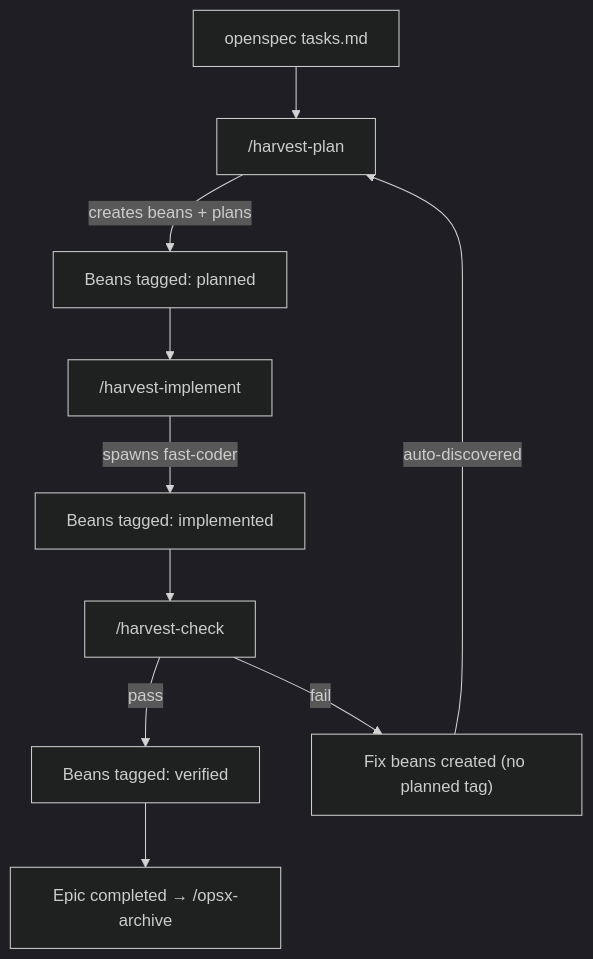
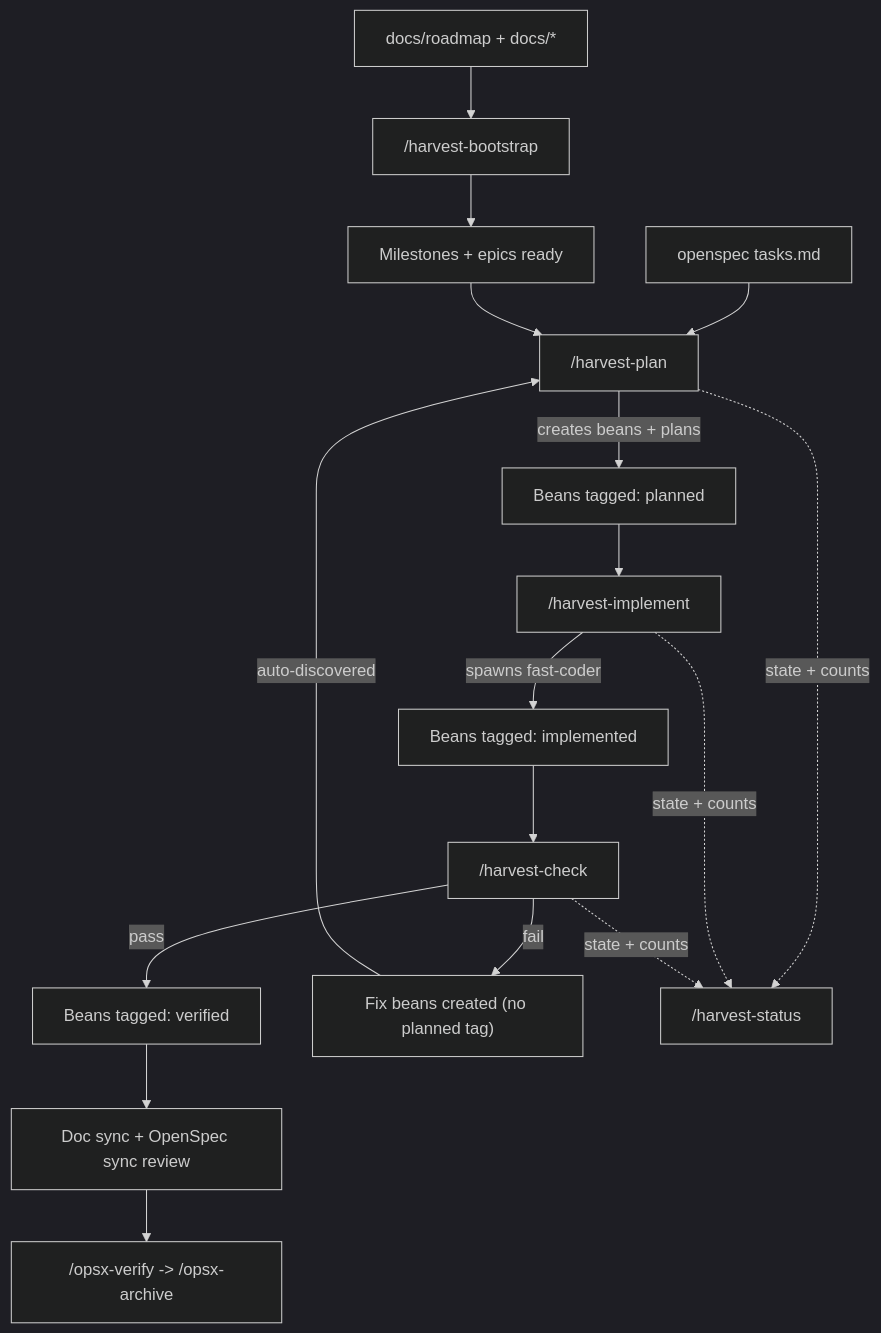
The diagram in docs/workflows/harvest-system.md (hungphongtrn/minerva), drawn with Mermaid (dark theme) before and after one commit. The commit also changed other lines of this file and 51 other files, not shown here.

First line of the commit message:
feat(harvest): implement bootstrap, status, commit workflow and archive orchestrator-v0

````diff
--- a/docs/workflows/harvest-system.md
+++ b/docs/workflows/harvest-system.md
@@ -7,12 +7,19 @@
 ```mermaid
 flowchart TD
-    A["openspec tasks.md"] --> B["/harvest-plan"]
-    B -->|"creates beans + plans"| C["Beans tagged: planned"]
-    C --> D["/harvest-implement"]
-    D -->|"spawns fast-coder"| E["Beans tagged: implemented"]
-    E --> F["/harvest-check"]
-    F -->|"pass"| G["Beans tagged: verified"]
-    F -->|"fail"| H["Fix beans created (no planned tag)"]
-    H -->|"auto-discovered"| B
-    G --> I["Epic completed → /opsx-archive"]
+    A["docs/roadmap + docs/*"] --> B["/harvest-bootstrap"]
+    B --> C["Milestones + epics ready"]
+    D["openspec tasks.md"] --> E["/harvest-plan"]
+    C --> E
+    E -->|"creates beans + plans"| F["Beans tagged: planned"]
+    F --> G["/harvest-implement"]
+    G -->|"spawns fast-coder"| H["Beans tagged: implemented"]
+    H --> I["/harvest-check"]
+    I -->|"pass"| J["Beans tagged: verified"]
+    I -->|"fail"| K["Fix beans created (no planned tag)"]
+    K -->|"auto-discovered"| E
+    E -. state + counts .-> L["/harvest-status"]
+    G -. state + counts .-> L
+    I -. state + counts .-> L
+    J --> M["Doc sync + OpenSpec sync review"]
+    M --> N["/opsx-verify -> /opsx-archive"]
 ```
````
